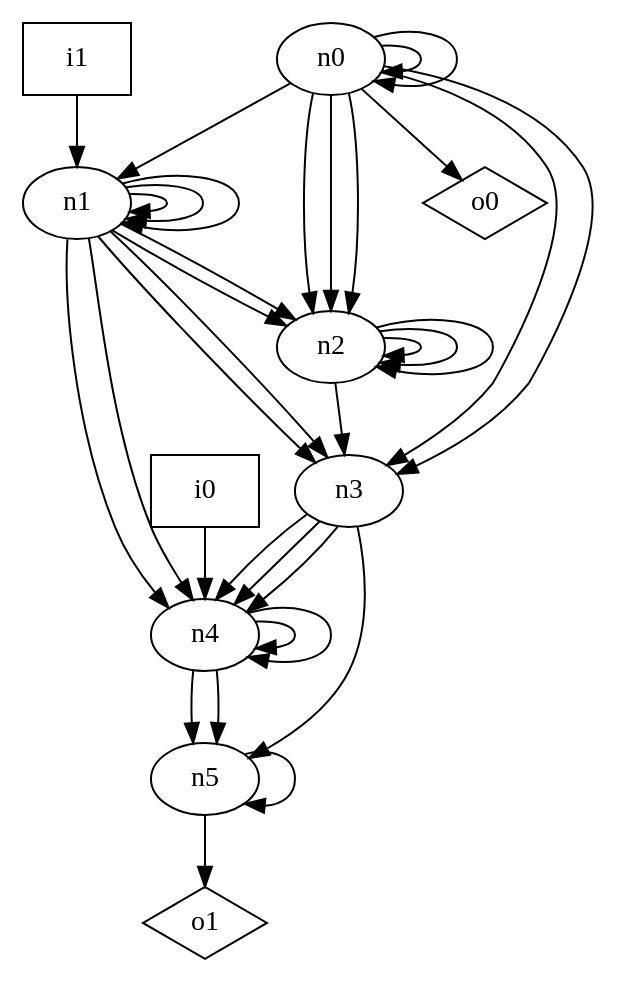
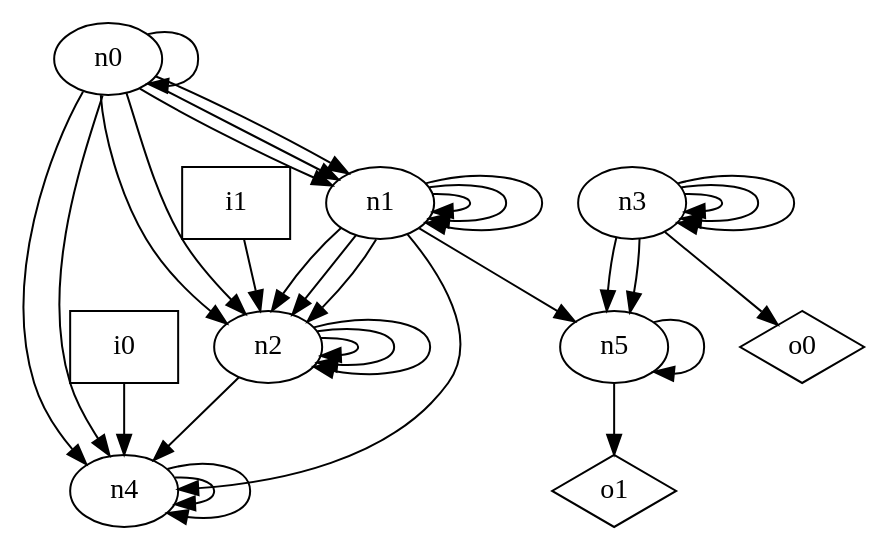
One commit to p9romain/bool-circuits changed the diagram in dot_files/random/random_DAG_graph.dot. Above: the diagram before and after it, drawn with Graphviz. The commit also changed 33 other files, not shown here.

```diff
--- a/dot_files/random/random_DAG_graph.dot
+++ b/dot_files/random/random_DAG_graph.dot
@@ -1,46 +1,44 @@
 digraph G {
 n0 [label="n0"];
 n1 [label="n1"];
 n2 [label="n2"];
 n3 [label="n3"];
 n4 [label="n4"];
 n5 [label="n5"];
 n6 [label="i0",shape="box"];
 n7 [label="i1",shape="box"];
 n8 [label="o0",shape="diamond"];
 n9 [label="o1",shape="diamond"];
 n0 -> n0
-n0 -> n0
+n0 -> n1
+n0 -> n1
 n0 -> n1
 n0 -> n2
 n0 -> n2
-n0 -> n2
-n0 -> n3
-n0 -> n3
-n0 -> n8
+n0 -> n4
+n0 -> n4
 n1 -> n1
 n1 -> n1
 n1 -> n1
 n1 -> n2
 n1 -> n2
-n1 -> n3
-n1 -> n3
+n1 -> n2
 n1 -> n4
-n1 -> n4
+n1 -> n5
 n2 -> n2
 n2 -> n2
 n2 -> n2
-n2 -> n3
-n3 -> n4
-n3 -> n4
-n3 -> n4
+n2 -> n4
+n3 -> n3
+n3 -> n3
+n3 -> n3
 n3 -> n5
+n3 -> n5
+n3 -> n8
 n4 -> n4
 n4 -> n4
-n4 -> n5
-n4 -> n5
 n5 -> n5
 n5 -> n9
 n6 -> n4
-n7 -> n1
+n7 -> n2
 }
```
